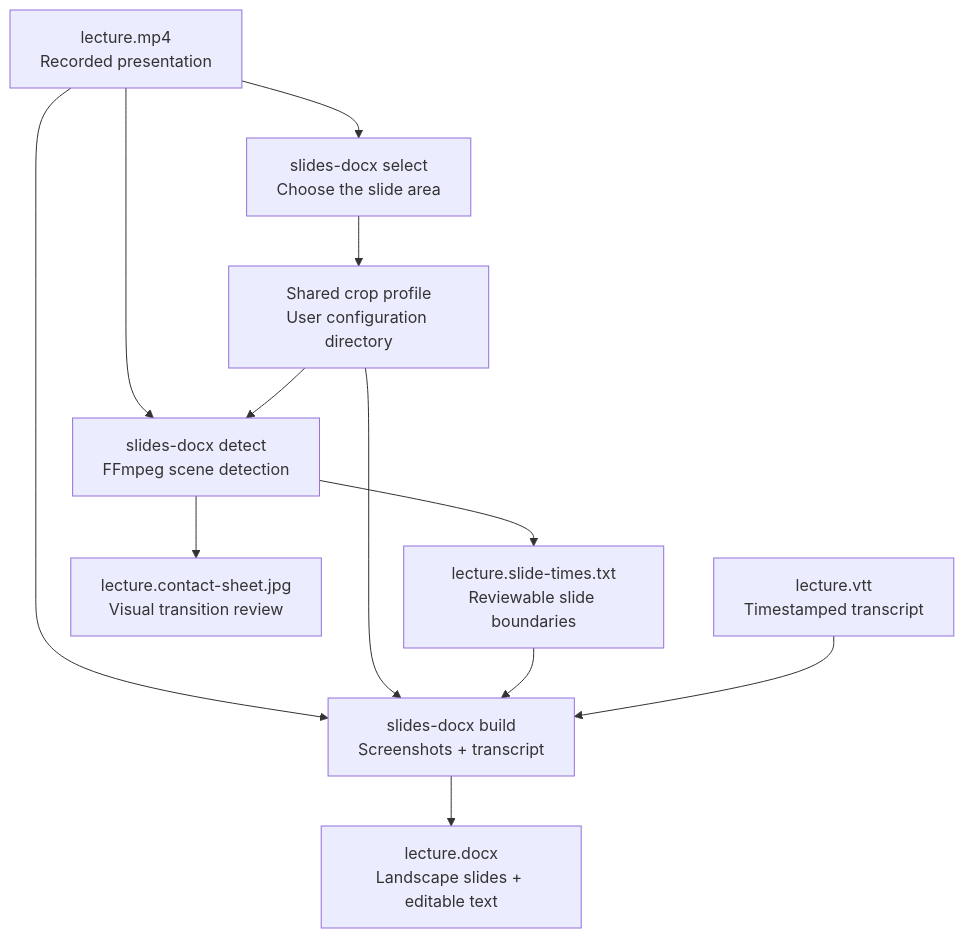
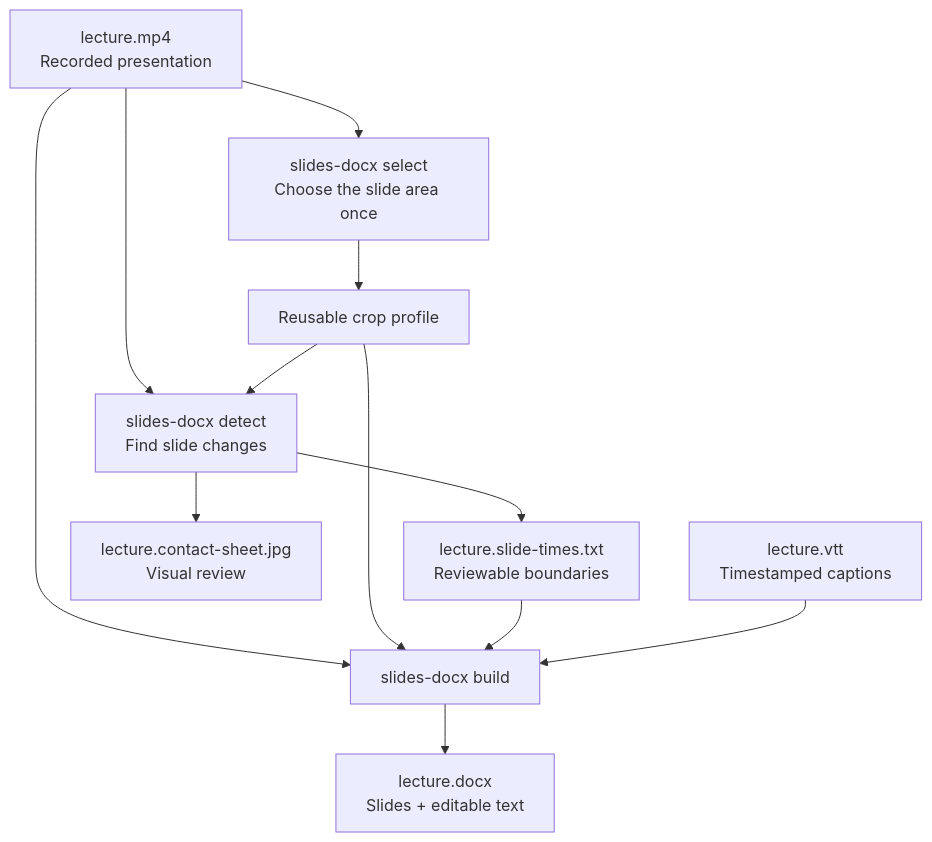
Before and after one commit to Dreyvor/Slides-docx: the diagram in README.md, drawn with Mermaid. The commit also changed other lines of this file and 5 other files, not shown here.

````diff
--- a/README.md
+++ b/README.md
@@ -9,21 +54,21 @@
 ```mermaid
 flowchart TD
     video["lecture.mp4<br/>Recorded presentation"]
-    select["slides-docx select<br/>Choose the slide area"]
-    profile["Shared crop profile<br/>User configuration directory"]
-    detect["slides-docx detect<br/>FFmpeg scene detection"]
-    times["lecture.slide-times.txt<br/>Reviewable slide boundaries"]
-    contact["lecture.contact-sheet.jpg<br/>Visual transition review"]
-    vtt["lecture.vtt<br/>Timestamped transcript"]
-    build["slides-docx build<br/>Screenshots + transcript"]
-    docx["lecture.docx<br/>Landscape slides + editable text"]
+    select["slides-docx select<br/>Choose the slide area once"]
+    profile["Reusable crop profile"]
+    detect["slides-docx detect<br/>Find slide changes"]
+    times["lecture.slide-times.txt<br/>Reviewable boundaries"]
+    contact["lecture.contact-sheet.jpg<br/>Visual review"]
+    vtt["lecture.vtt<br/>Timestamped captions"]
+    build["slides-docx build"]
+    docx["lecture.docx<br/>Slides + editable text"]
 
     video --> select --> profile
     video --> detect
     profile --> detect --> times
     detect --> contact
     video --> build
     profile --> build
     times --> build
     vtt --> build --> docx
 ```
````
